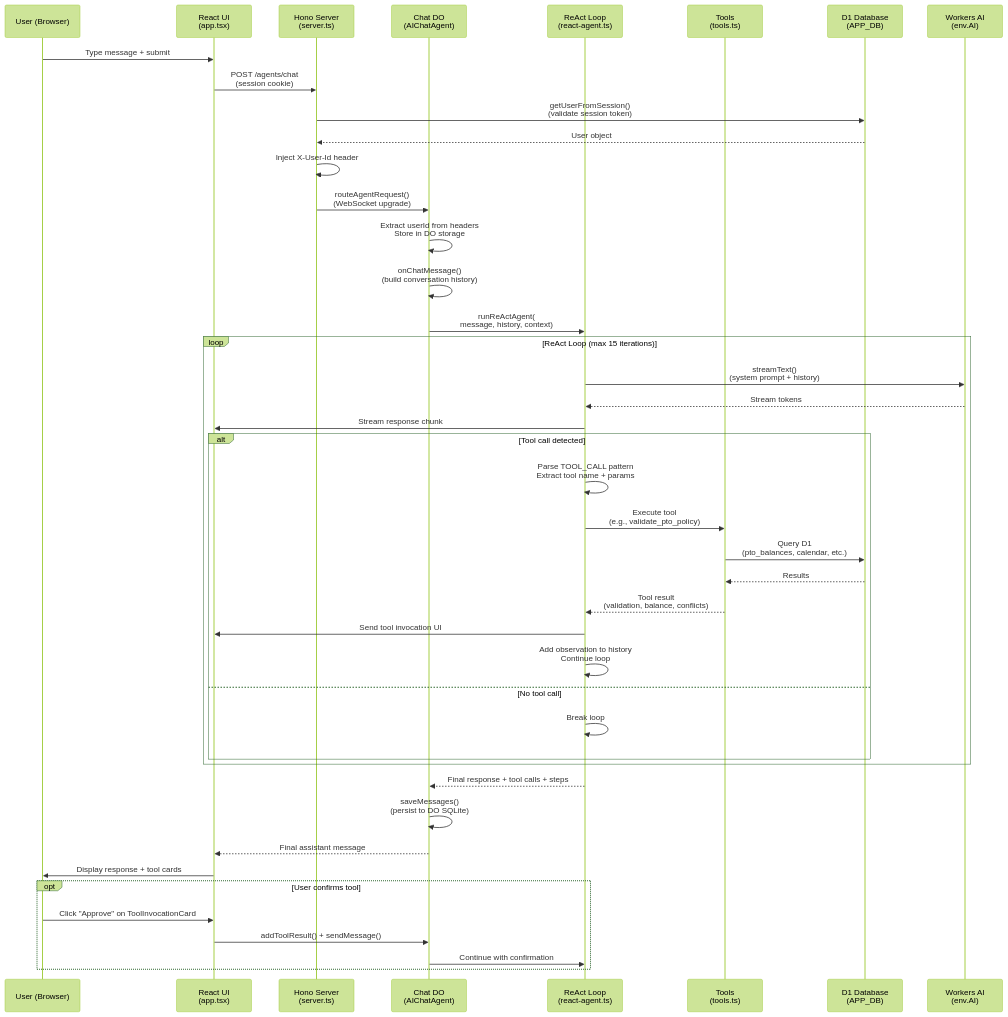
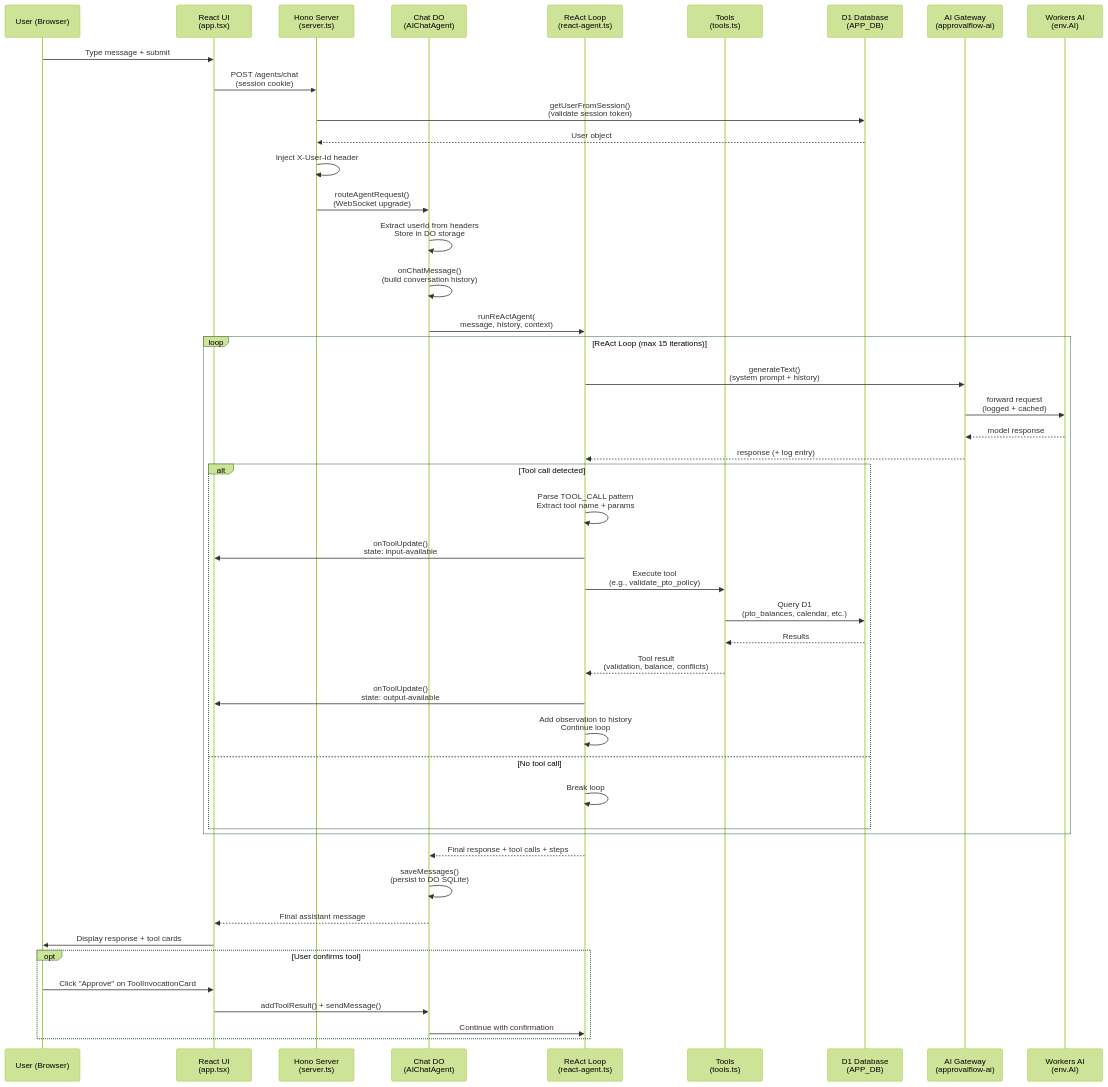
One commit to RamyaLakshmiKS/cf_ai_approvalflow-ai changed the second of 9 diagrams in docs/ARCHITECTURE.md. Above: the diagram before and after it, drawn with Mermaid (forest theme). The commit also changed other lines of this file and 1 other file, not shown here.

````diff
--- a/docs/ARCHITECTURE.md
+++ b/docs/ARCHITECTURE.md
@@ -431,50 +468,53 @@
 ```mermaid
 sequenceDiagram
   participant U as User (Browser)
   participant UI as React UI<br/>(app.tsx)
   participant S as Hono Server<br/>(server.ts)
   participant C as Chat DO<br/>(AIChatAgent)
   participant R as ReAct Loop<br/>(react-agent.ts)
   participant T as Tools<br/>(tools.ts)
   participant DB as D1 Database<br/>(APP_DB)
+  participant GW as AI Gateway<br/>(approvalflow-ai)
   participant AI as Workers AI<br/>(env.AI)
 
   U->>UI: Type message + submit
   UI->>S: POST /agents/chat<br/>(session cookie)
   S->>DB: getUserFromSession()<br/>(validate session token)
   DB-->>S: User object
   S->>S: Inject X-User-Id header
   S->>C: routeAgentRequest()<br/>(WebSocket upgrade)
   C->>C: Extract userId from headers<br/>Store in DO storage
   C->>C: onChatMessage()<br/>(build conversation history)
   C->>R: runReActAgent(<br/>message, history, context)
 
   loop ReAct Loop (max 15 iterations)
-    R->>AI: streamText()<br/>(system prompt + history)
-    AI-->>R: Stream tokens
-    R->>UI: Stream response chunk
+    R->>GW: generateText()<br/>(system prompt + history)
+    GW->>AI: forward request<br/>(logged + cached)
+    AI-->>GW: model response
+    GW-->>R: response (+ log entry)
 
     alt Tool call detected
       R->>R: Parse TOOL_CALL pattern<br/>Extract tool name + params
+      R->>UI: onToolUpdate()<br/>state: input-available
       R->>T: Execute tool<br/>(e.g., validate_pto_policy)
       T->>DB: Query D1<br/>(pto_balances, calendar, etc.)
       DB-->>T: Results
       T-->>R: Tool result<br/>(validation, balance, conflicts)
-      R->>UI: Send tool invocation UI
+      R->>UI: onToolUpdate()<br/>state: output-available
       R->>R: Add observation to history<br/>Continue loop
     else No tool call
       R->>R: Break loop
     end
   end
 
   R-->>C: Final response + tool calls + steps
   C->>C: saveMessages()<br/>(persist to DO SQLite)
   C-->>UI: Final assistant message
   UI->>U: Display response + tool cards
 
   opt User confirms tool
     U->>UI: Click "Approve" on ToolInvocationCard
     UI->>C: addToolResult() + sendMessage()
     C->>R: Continue with confirmation
   end
 ```
````
